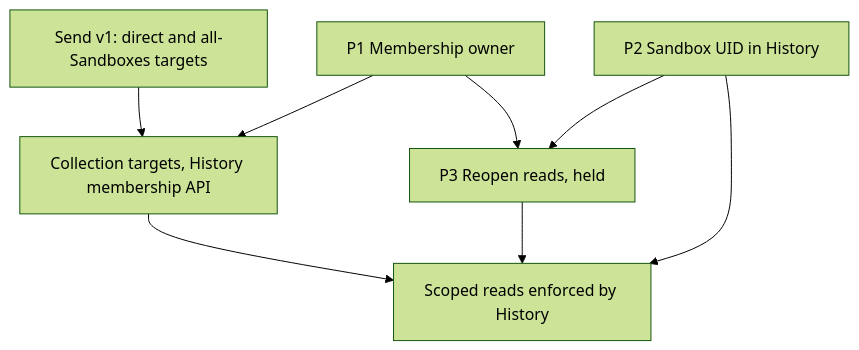
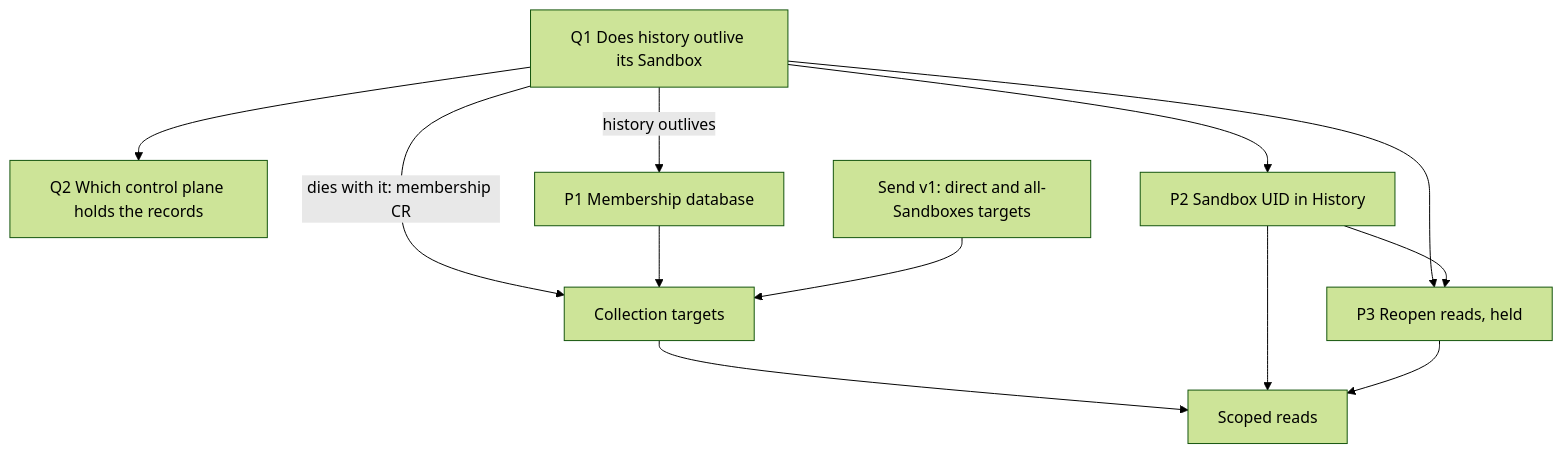
Before and after one commit to agentydragon/ducktape: the diagram in agentplane/plans/architecture_overview.md, drawn with Mermaid (forest theme). The commit also changed other lines of this file and 1 other file, not shown here.

First line of the commit message:
docs(agentplane): put Sandbox lifetime and the control plane first in the overview

````diff
--- a/agentplane/plans/architecture_overview.md
+++ b/agentplane/plans/architecture_overview.md
@@ -129,16 +218,22 @@
 ```mermaid
 flowchart TD
-    P1["P1 Membership owner"]
+    Q1["Q1 Does history outlive its Sandbox"]
+    Q2["Q2 Which control plane holds the records"]
+    P1["P1 Membership database"]
     P2["P2 Sandbox UID in History"]
     P3["P3 Reopen reads, held"]
     SEND["Send v1: direct and all-Sandboxes targets"]
-    COLL["Collection targets, History membership API"]
-    READ["Scoped reads enforced by History"]
+    COLL["Collection targets"]
+    READ["Scoped reads"]
+    Q1 --> Q2
+    Q1 -->|"history outlives"| P1
+    Q1 -->|"dies with it: membership CR"| COLL
+    Q1 --> P2
+    Q1 --> P3
+    P1 --> COLL
     SEND --> COLL
-    P1 --> COLL
-    P1 --> P3
     P2 --> P3
     COLL --> READ
     P2 --> READ
     P3 --> READ
 ```
````
